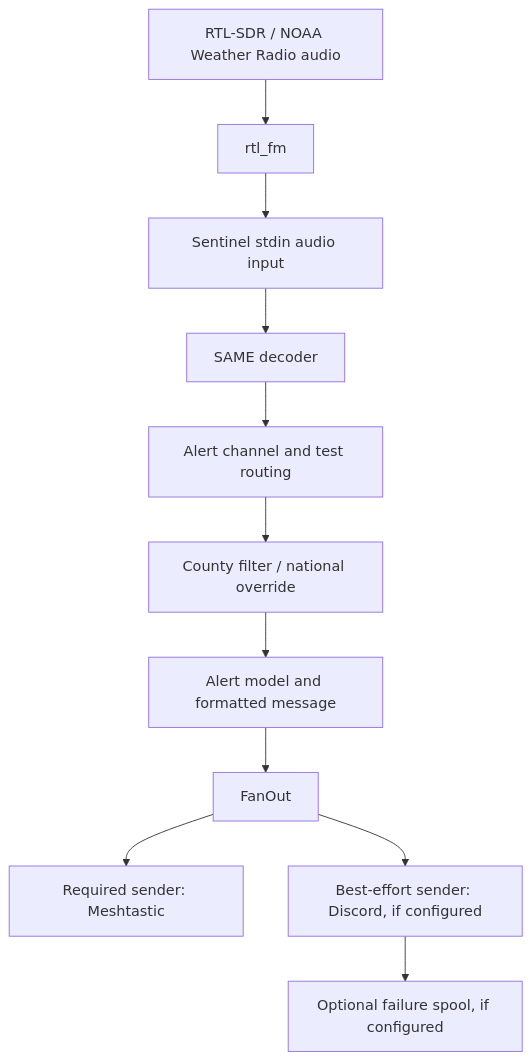
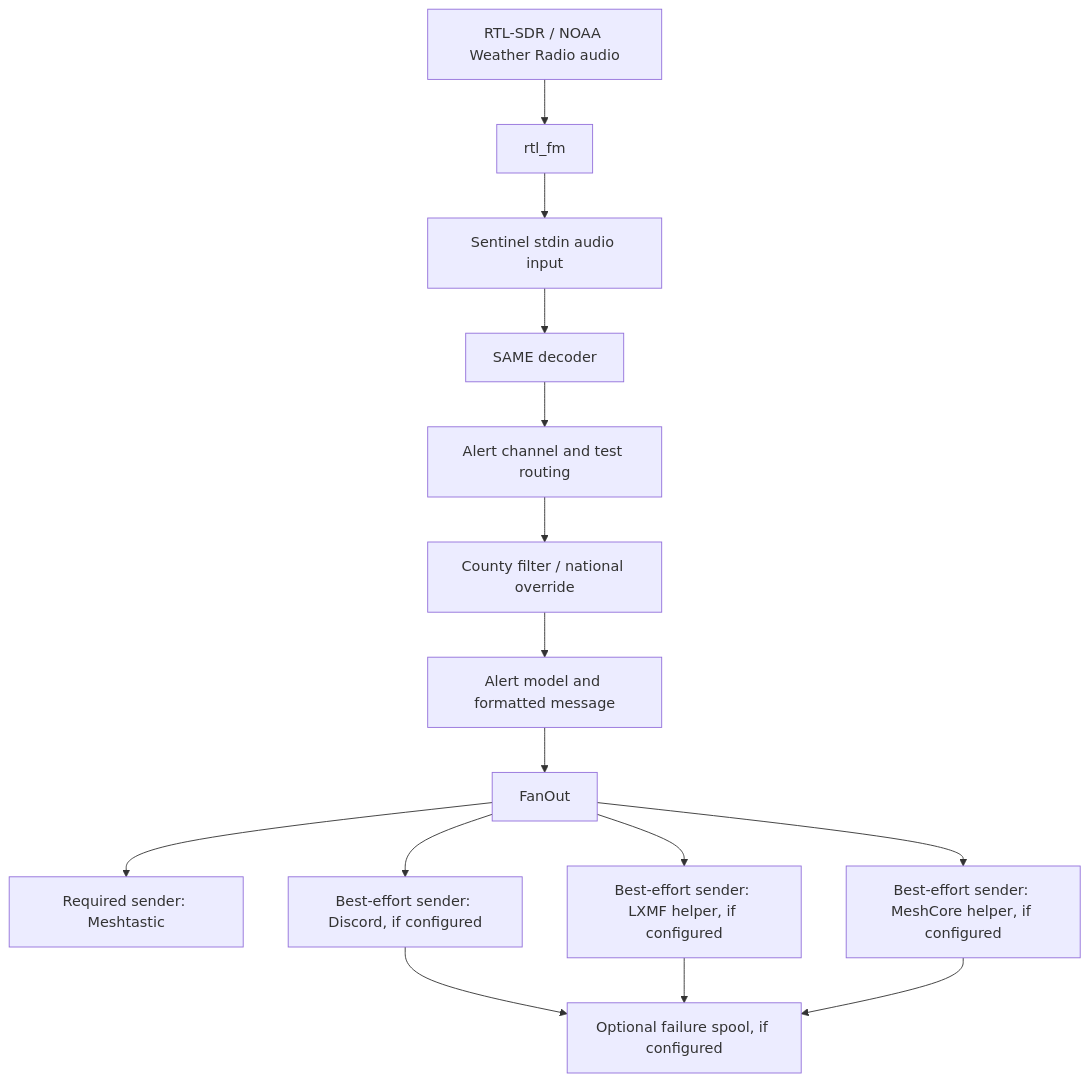
The diagram in README.md (hiltonfam/Project-Sentinel), drawn with Mermaid before and after one commit. The commit also changed other lines of this file and 2 other files, not shown here.

````diff
--- a/README.md
+++ b/README.md
@@ -25,13 +28,17 @@
 ```mermaid
 flowchart TD
     A["RTL-SDR / NOAA Weather Radio audio"] --> B["rtl_fm"]
     B --> C["Sentinel stdin audio input"]
     C --> D["SAME decoder"]
     D --> E["Alert channel and test routing"]
     E --> F["County filter / national override"]
     F --> G["Alert model and formatted message"]
     G --> H["FanOut"]
     H --> I["Required sender: Meshtastic"]
     H --> J["Best-effort sender: Discord, if configured"]
-    J --> K["Optional failure spool, if configured"]
+    H --> K["Best-effort sender: LXMF helper, if configured"]
+    H --> L["Best-effort sender: MeshCore helper, if configured"]
+    J --> M["Optional failure spool, if configured"]
+    K --> M
+    L --> M
 ```
````
